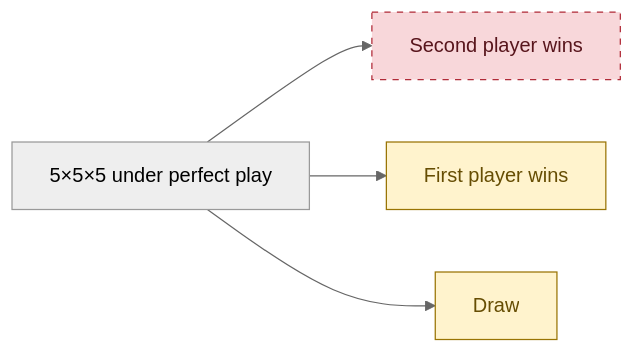
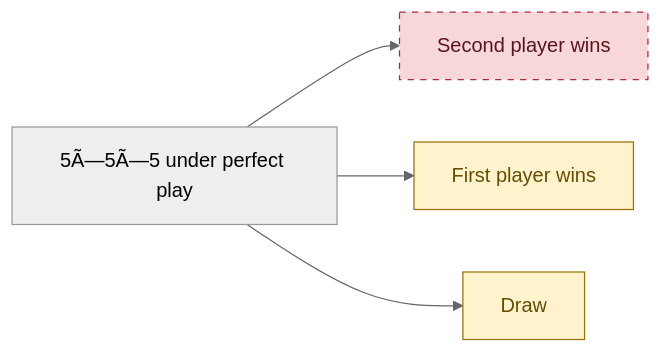
One commit to TACITVS/Theorem_Prover_Formalization_of_Board_Games changed the first of 2 diagrams in README.md. Above: the diagram before and after it, drawn with Mermaid (neutral theme). The commit also changed other lines of this file and 10 other files, not shown here.

Commit message:
research(029): parallel Qubic engine; certificate activation under good play is round 11-22 (deficit 53, ~4/round)

````diff
--- a/README.md
+++ b/README.md
@@ -39,11 +39,11 @@
 ```mermaid
 flowchart LR
-    A["5×5×5 under perfect play"] --> B["Second player wins"]
+    A["5Ã—5Ã—5 under perfect play"] --> B["Second player wins"]
     A --> C["First player wins"]
     A --> D["Draw"]
     B:::ruled
     C:::open
     D:::open
     classDef ruled fill:#f8d7da,stroke:#b02a37,color:#58151c,stroke-dasharray: 5 5
     classDef open fill:#fff3cd,stroke:#997404,color:#664d03
 ```
````
